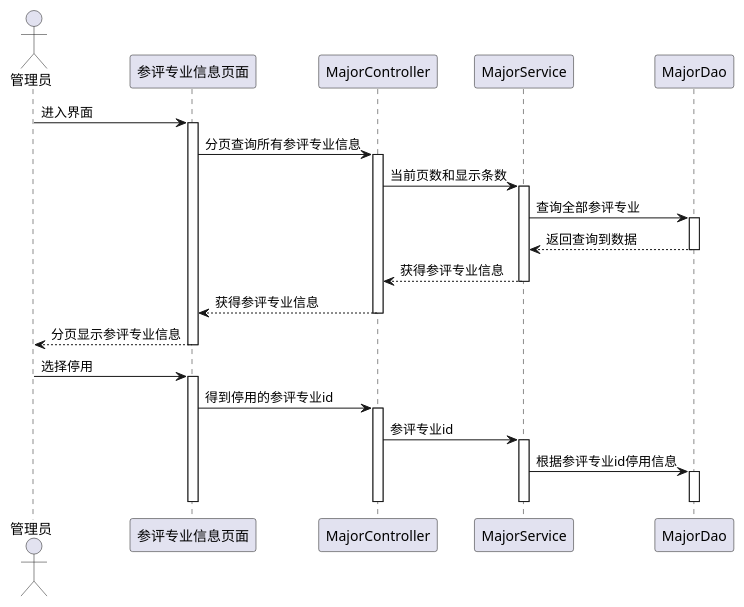
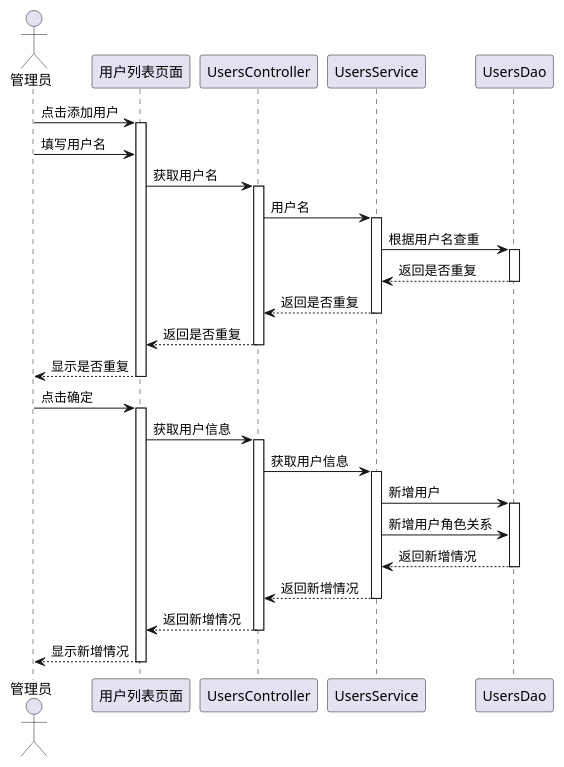
The diagram in src/main/java/com/jin/expertsystem/expertsystem/管理员添加用户.puml (jinmingyong/expert_system), drawn with PlantUML before and after one commit. The commit also changed 13 other files, not shown here.

```diff
--- a/src/main/java/com/jin/expertsystem/expertsystem/管理员添加用户.puml
+++ b/src/main/java/com/jin/expertsystem/expertsystem/管理员添加用户.puml
@@ -1,36 +1,42 @@
 @startuml
 actor 管理员
-participant 参评专业信息页面
-participant MajorController
-participant MajorService
-participant MajorDao
-管理员->参评专业信息页面:进入界面
-activate 参评专业信息页面
-参评专业信息页面->MajorController:分页查询所有参评专业信息
-activate MajorController
-MajorController->MajorService:当前页数和显示条数
-activate MajorService
-MajorService->MajorDao:查询全部参评专业
-activate MajorDao
-MajorDao-->MajorService:返回查询到数据
-deactivate MajorDao
-MajorService-->MajorController:获得参评专业信息
-deactivate MajorService
-MajorController-->参评专业信息页面:获得参评专业信息
-deactivate MajorController
-参评专业信息页面-->管理员:分页显示参评专业信息
-deactivate 参评专业信息页面
+participant 用户列表页面
+participant UsersController
+participant UsersService
+participant UsersDao
+管理员->用户列表页面:点击添加用户
+activate 用户列表页面
+管理员->用户列表页面:填写用户名
+用户列表页面->UsersController:获取用户名
+activate UsersController
+UsersController->UsersService:用户名
+activate UsersService
+UsersService->UsersDao:根据用户名查重
+activate UsersDao
+UsersDao-->UsersService:返回是否重复
+deactivate UsersDao
+UsersService-->UsersController:返回是否重复
+deactivate UsersService
+UsersController-->用户列表页面:返回是否重复
+deactivate UsersController
+用户列表页面-->管理员:显示是否重复
+deactivate 用户列表页面
 
-管理员->参评专业信息页面:选择停用
-activate 参评专业信息页面
-参评专业信息页面->MajorController:得到停用的参评专业id
-activate MajorController
-MajorController->MajorService:参评专业id
-activate MajorService
-MajorService->MajorDao:根据参评专业id停用信息
-activate MajorDao
-deactivate MajorDao
-deactivate MajorService
-deactivate MajorController
-deactivate 参评专业信息页面
+管理员->用户列表页面:点击确定
+activate 用户列表页面
+用户列表页面->UsersController:获取用户信息
+activate UsersController
+UsersController->UsersService:获取用户信息
+activate UsersService
+UsersService->UsersDao:新增用户
+activate UsersDao
+UsersService->UsersDao:新增用户角色关系
+UsersDao-->UsersService:返回新增情况
+deactivate UsersDao
+UsersService-->UsersController:返回新增情况
+deactivate UsersService
+UsersController-->用户列表页面:返回新增情况
+deactivate UsersController
+用户列表页面-->管理员:显示新增情况
+deactivate 用户列表页面
 @enduml
```
